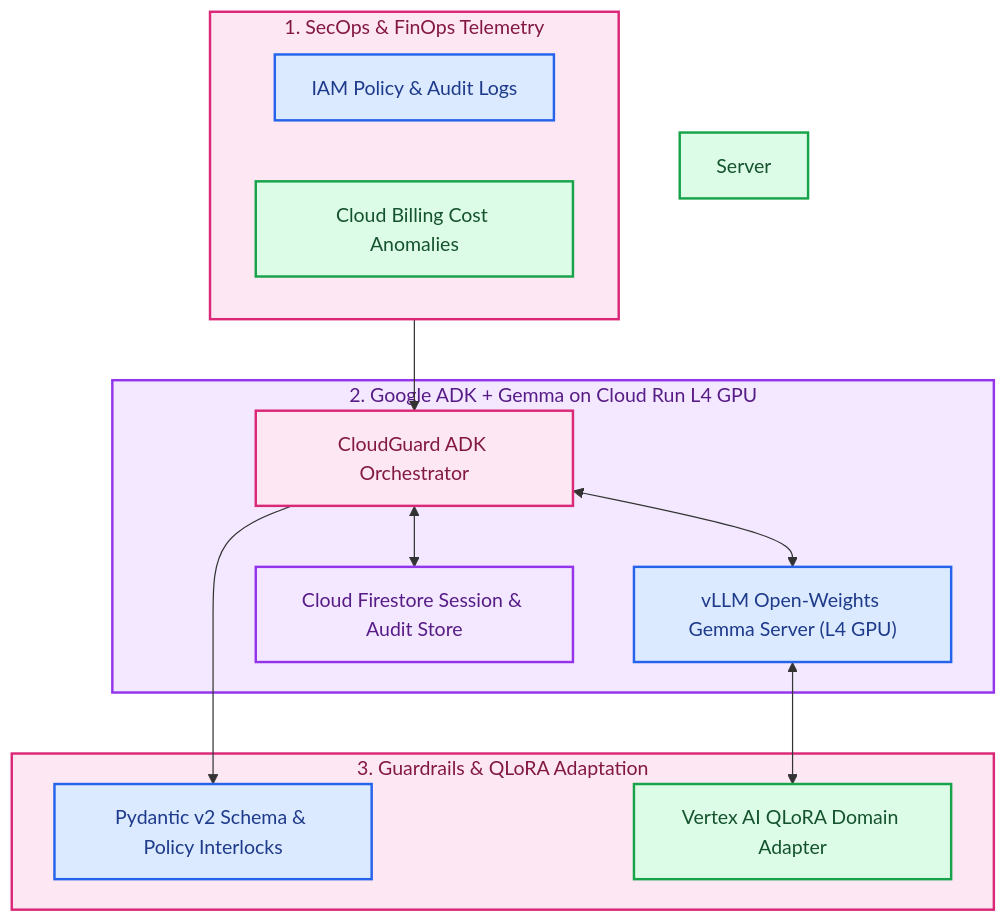
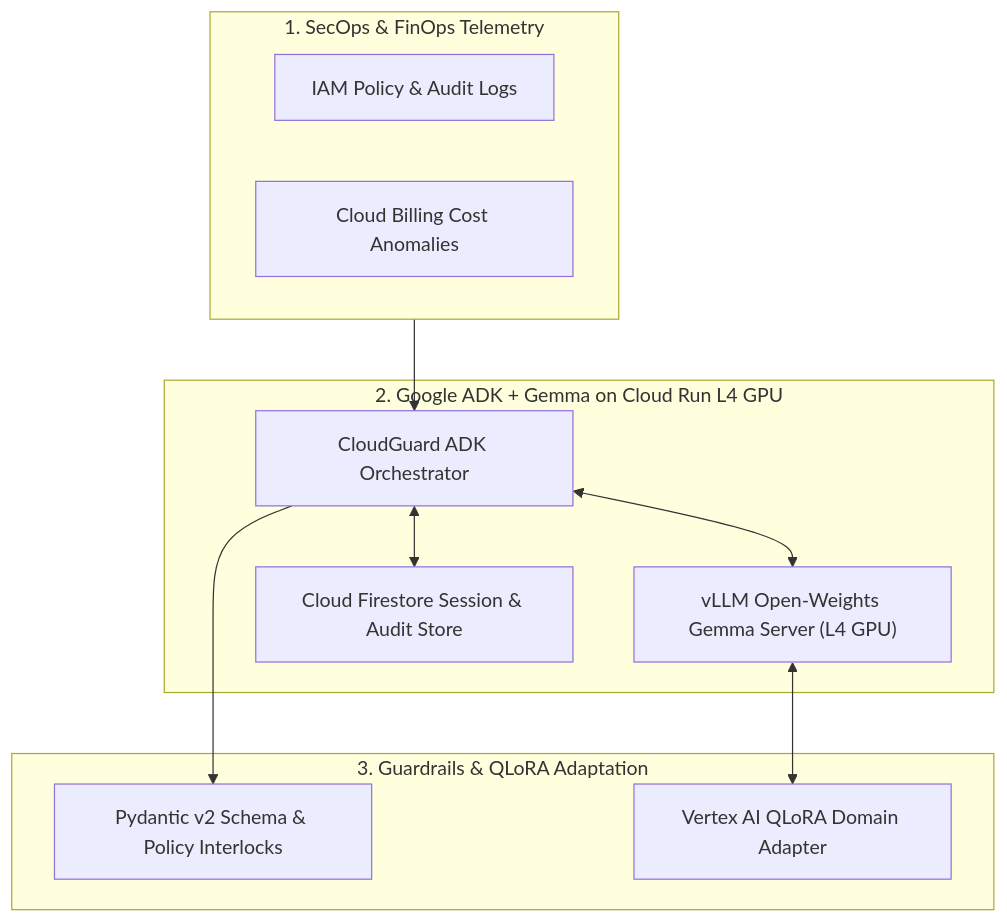
Before and after one commit to RobinaMirbahar/cloudguard-gemma-agent: the diagram in README.md, drawn with Mermaid.

Commit message:
docs: revert Mermaid color overrides for crisp native GitHub rendering and consolidate header

````diff
--- a/README.md
+++ b/README.md
@@ -24,32 +24,21 @@
 ```mermaid
 flowchart TD
     subgraph Ingest ["1. SecOps & FinOps Telemetry"]
         I_IAM["IAM Policy & Audit Logs"]
         I_Bill["Cloud Billing Cost Anomalies"]
     end
     subgraph Agent ["2. Google ADK + Gemma on Cloud Run L4 GPU"]
         A_ADK["CloudGuard ADK Orchestrator"]
         A_vLLM["vLLM Open-Weights Gemma Server (L4 GPU)"]
         A_FS["Cloud Firestore Session & Audit Store"]
     end
     subgraph Safety ["3. Guardrails & QLoRA Adaptation"]
         S_Pyd["Pydantic v2 Schema & Policy Interlocks"]
         S_LoRA["Vertex AI QLoRA Domain Adapter"]
     end
     Ingest --> A_ADK
     A_ADK <--> A_vLLM
     A_ADK <--> A_FS
     A_vLLM <--> S_LoRA
     A_ADK --> S_Pyd
-    style Ingest fill:#fce7f3,stroke:#db2777,stroke-width:2px,color:#831843
-    style I_IAM fill:#dbeafe,stroke:#2563eb,stroke-width:2px,color:#1e3a8a
-    style I_Bill fill:#dcfce7,stroke:#16a34a,stroke-width:2px,color:#14532d
-    style Agent fill:#f3e8ff,stroke:#9333ea,stroke-width:2px,color:#581c87
-    style A_ADK fill:#fce7f3,stroke:#db2777,stroke-width:2px,color:#831843
-    style A_vLLM fill:#dbeafe,stroke:#2563eb,stroke-width:2px,color:#1e3a8a
-    style Server fill:#dcfce7,stroke:#16a34a,stroke-width:2px,color:#14532d
-    style A_FS fill:#f3e8ff,stroke:#9333ea,stroke-width:2px,color:#581c87
-    style Safety fill:#fce7f3,stroke:#db2777,stroke-width:2px,color:#831843
-    style S_Pyd fill:#dbeafe,stroke:#2563eb,stroke-width:2px,color:#1e3a8a
-    style S_LoRA fill:#dcfce7,stroke:#16a34a,stroke-width:2px,color:#14532d
 ```
````
